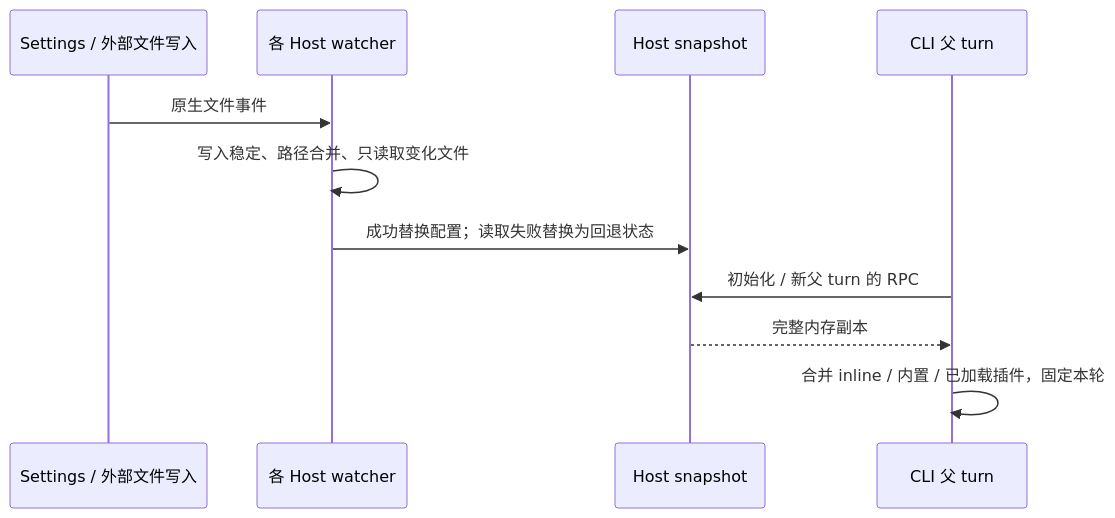
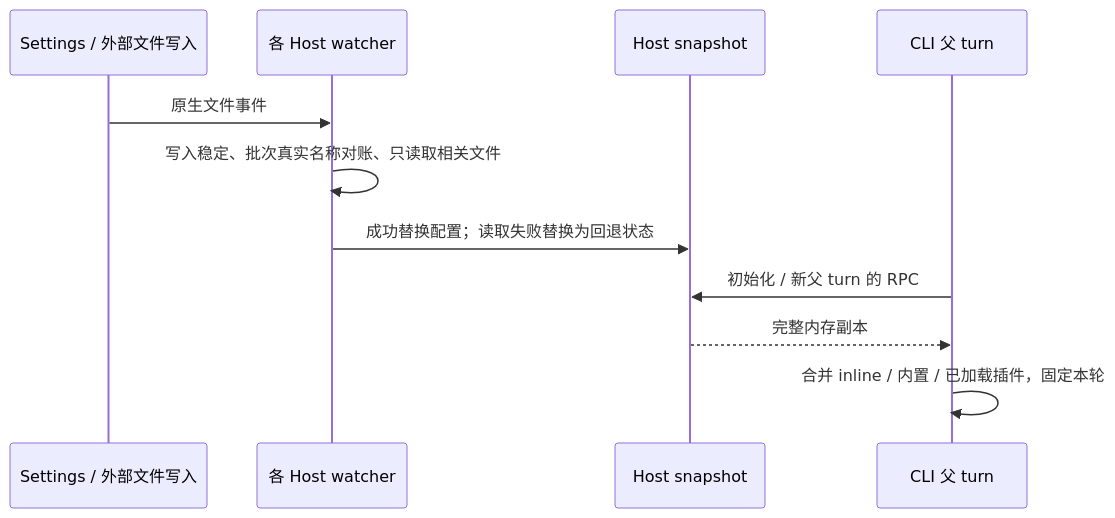
Before and after one commit to OpenX123/ZCode: the first of 2 diagrams in docs/subagent-runtime-refresh.md, drawn with Mermaid. The commit also changed other lines of this file and 2 other files, not shown here.

````diff
--- a/docs/subagent-runtime-refresh.md
+++ b/docs/subagent-runtime-refresh.md
@@ -18,13 +18,13 @@
 ```mermaid
 sequenceDiagram
     participant D as Settings / 外部文件写入
     participant H as 各 Host watcher
     participant S as Host snapshot
     participant P as CLI 父 turn
     D->>H: 原生文件事件
-    H->>H: 写入稳定、路径合并、只读取变化文件
+    H->>H: 写入稳定、批次真实名称对账、只读取相关文件
     H->>S: 成功替换配置；读取失败替换为回退状态
     P->>S: 初始化 / 新父 turn 的 RPC
     S-->>P: 完整内存副本
     P->>P: 合并 inline / 内置 / 已加载插件，固定本轮
 ```
````
